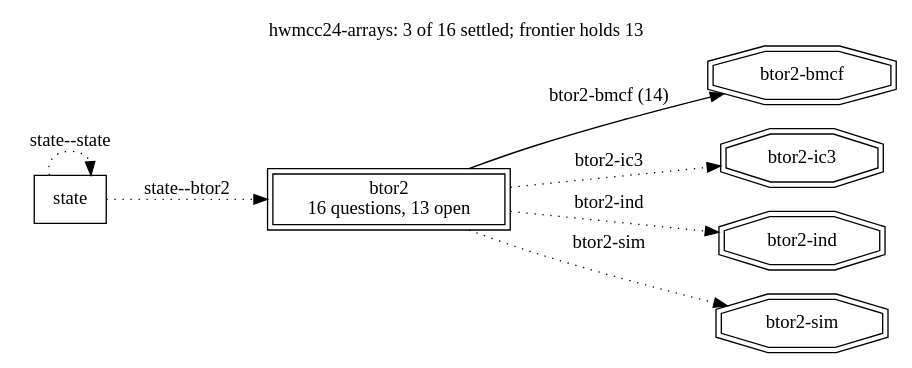
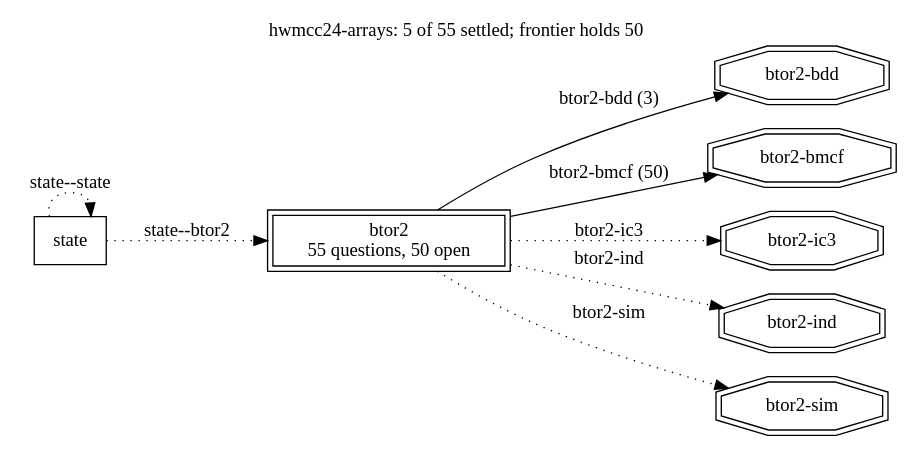
Before and after one commit to cksystemsgroup/hurdy-gurdy: the diagram in runs/hwmcc24-arrays/frontier.dot, drawn with Graphviz. The commit also changed 42 other files, not shown here.

```diff
--- a/runs/hwmcc24-arrays/frontier.dot
+++ b/runs/hwmcc24-arrays/frontier.dot
@@ -1,17 +1,19 @@
 digraph "hwmcc24-arrays" {
   rankdir=LR; labelloc=t;
-  label="hwmcc24-arrays: 3 of 16 settled; frontier holds 13";
+  label="hwmcc24-arrays: 5 of 55 settled; frontier holds 50";
   node [shape=box];
-  "btor2" [peripheries=2, label="btor2\n16 questions, 13 open"];
+  "btor2" [peripheries=2, label="btor2\n55 questions, 50 open"];
   "state";
   "state" -> "btor2" [style=dotted, label="state--btor2"];
   "state" -> "state" [style=dotted, label="state--state"];
+  "terminal:btor2-bdd" [shape=doubleoctagon, label="btor2-bdd"];
+  "btor2" -> "terminal:btor2-bdd" [style=solid, label="btor2-bdd (3)"];
   "terminal:btor2-bmcf" [shape=doubleoctagon, label="btor2-bmcf"];
-  "btor2" -> "terminal:btor2-bmcf" [style=solid, label="btor2-bmcf (14)"];
+  "btor2" -> "terminal:btor2-bmcf" [style=solid, label="btor2-bmcf (50)"];
   "terminal:btor2-ic3" [shape=doubleoctagon, label="btor2-ic3"];
   "btor2" -> "terminal:btor2-ic3" [style=dotted, label="btor2-ic3"];
   "terminal:btor2-ind" [shape=doubleoctagon, label="btor2-ind"];
   "btor2" -> "terminal:btor2-ind" [style=dotted, label="btor2-ind"];
   "terminal:btor2-sim" [shape=doubleoctagon, label="btor2-sim"];
   "btor2" -> "terminal:btor2-sim" [style=dotted, label="btor2-sim"];
 }
```
